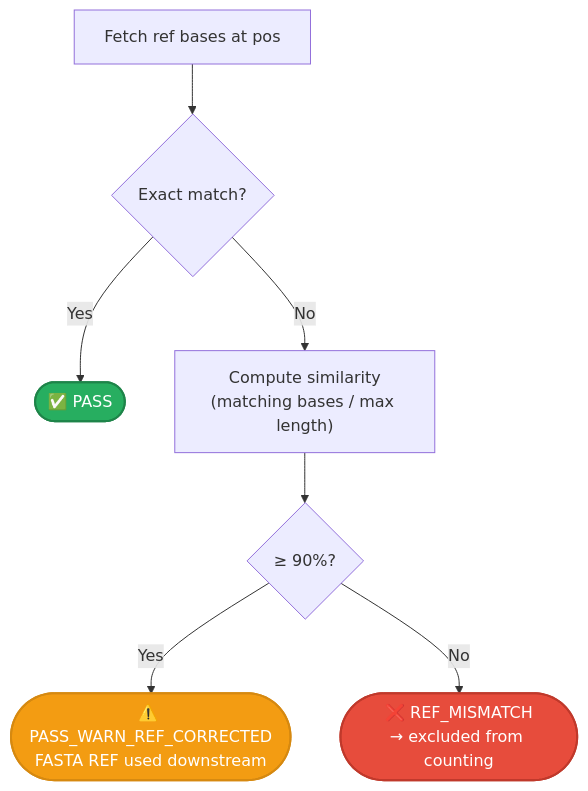
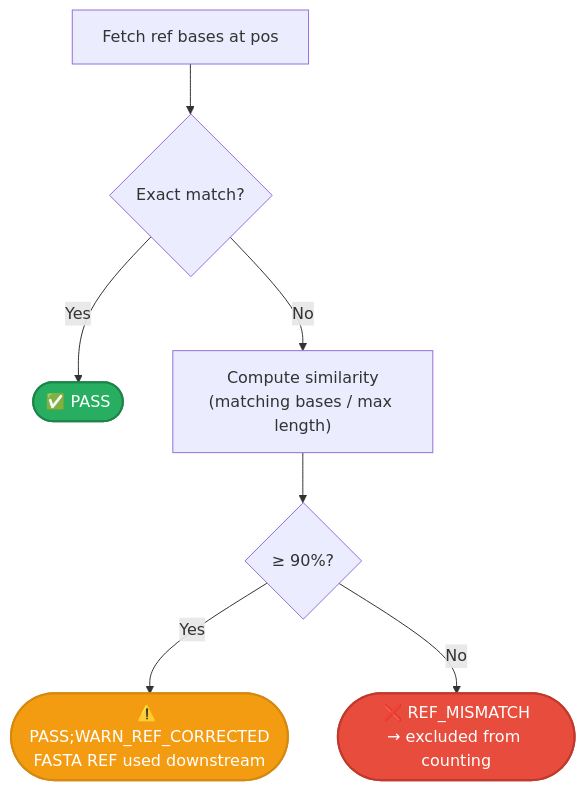
One commit to msk-access/gbcms changed the second of 5 diagrams in docs/reference/variant-normalization.md. Above: the diagram before and after it, drawn with Mermaid. The commit also changed other lines of this file and 7 other files, not shown here.

````diff
--- a/docs/reference/variant-normalization.md
+++ b/docs/reference/variant-normalization.md
@@ -53,13 +53,13 @@
 ```mermaid
 flowchart TD
     Fetch["Fetch ref bases at pos"] --> Exact{"Exact match?"}
     Exact -->|"Yes"| Pass(["✅ PASS"]):::pass
     Exact -->|"No"| Sim["Compute similarity\n(matching bases / max length)"]
     Sim --> Thresh{"≥ 90%?"}
-    Thresh -->|"Yes"| Corrected(["⚠️ PASS_WARN_REF_CORRECTED\nFASTA REF used downstream"]):::warn
+    Thresh -->|"Yes"| Corrected(["⚠️ PASS;WARN_REF_CORRECTED\nFASTA REF used downstream"]):::warn
     Thresh -->|"No"| Fail(["❌ REF_MISMATCH\n→ excluded from counting"]):::fail
 
     classDef pass fill:#27ae60,color:#fff,stroke:#1e8449,stroke-width:2px;
     classDef warn fill:#f39c12,color:#fff,stroke:#d68910,stroke-width:2px;
     classDef fail fill:#e74c3c,color:#fff,stroke:#c0392b,stroke-width:2px;
 ```
````
